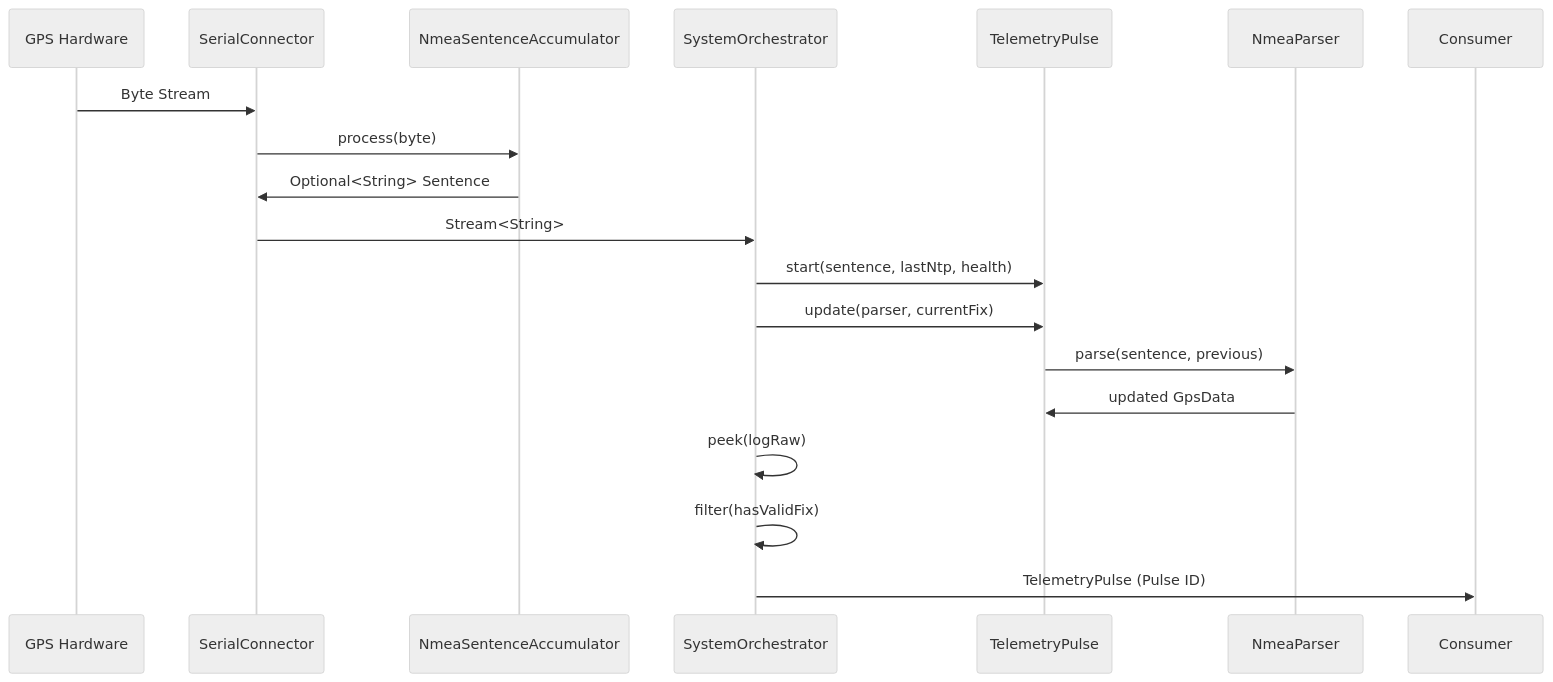
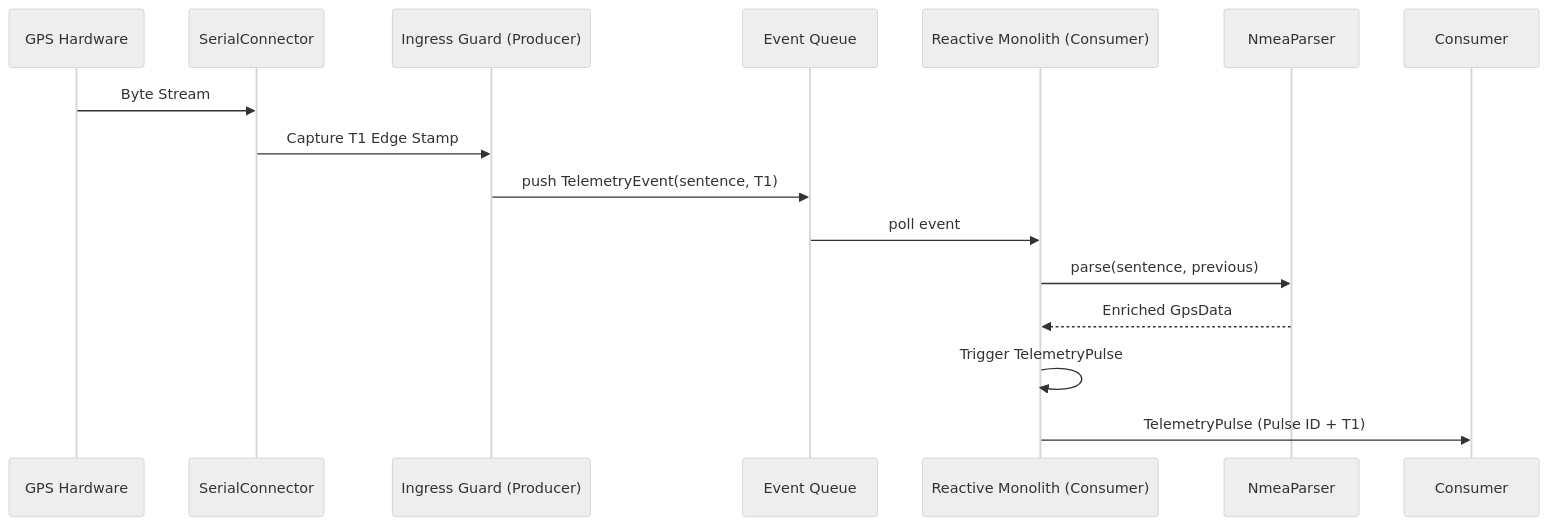
One commit to N8QQQ/qtr-qth changed the diagram in docs/DEVELOPER.md. Above: the diagram before and after it, drawn with Mermaid (neutral theme). The commit also changed other lines of this file and 48 other files, not shown here.

````diff
--- a/docs/DEVELOPER.md
+++ b/docs/DEVELOPER.md
@@ -15,21 +15,18 @@
 ```mermaid
 sequenceDiagram
     participant HW as GPS Hardware
     participant SC as SerialConnector
-    participant AC as NmeaSentenceAccumulator
-    participant SO as SystemOrchestrator
-    participant TP as TelemetryPulse
+    participant IG as Ingress Guard (Producer)
+    participant EQ as Event Queue
+    participant RM as Reactive Monolith (Consumer)
     participant NP as NmeaParser
 
     HW->>SC: Byte Stream
-    SC->>AC: process(byte)
-    AC->>SC: Optional<String> Sentence
-    SC->>SO: Stream<String>
-    SO->>TP: start(sentence, lastNtp, health)
-    SO->>TP: update(parser, currentFix)
-    TP->>NP: parse(sentence, previous)
-    NP->>TP: updated GpsData
-    SO->>SO: peek(logRaw)
-    SO->>SO: filter(hasValidFix)
-    SO->>Consumer: TelemetryPulse (Pulse ID)
+    SC->>IG: Capture T1 Edge Stamp
+    IG->>EQ: push TelemetryEvent(sentence, T1)
+    EQ->>RM: poll event
+    RM->>NP: parse(sentence, previous)
+    NP-->>RM: Enriched GpsData
+    RM->>RM: Trigger TelemetryPulse
+    RM->>Consumer: TelemetryPulse (Pulse ID + T1)
 ```
````
